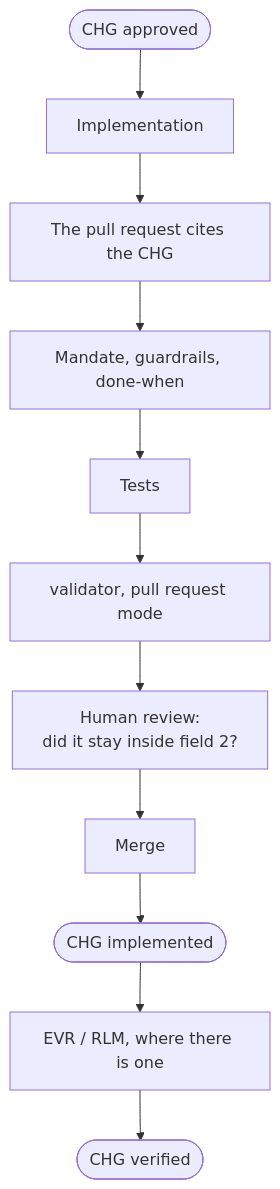
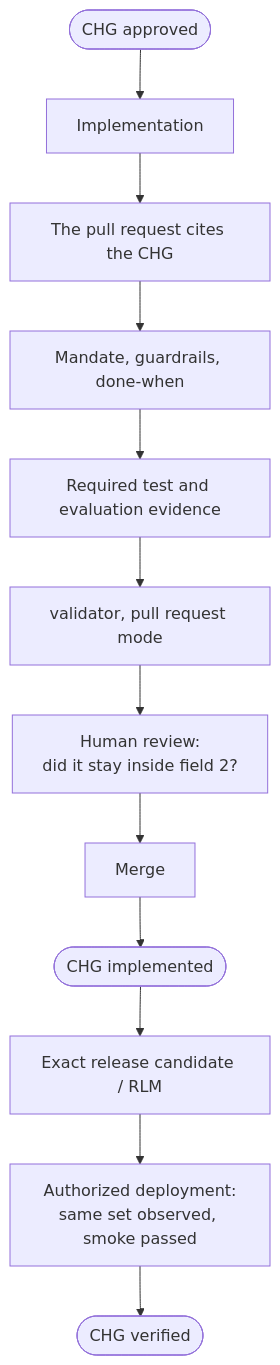
One commit to gqkd/framework-data-ai changed the tenth of 23 diagrams in PROCESSES.md. Above: the diagram before and after it, drawn with Mermaid. The commit also changed other lines of this file and 72 other files, not shown here.

````diff
--- a/PROCESSES.md
+++ b/PROCESSES.md
@@ -464,13 +464,14 @@
 ```mermaid
 flowchart TB
   ok(["CHG approved"]) --> impl["Implementation"]
   impl --> pr["The pull request cites the CHG"]
   pr --> mand["Mandate, guardrails, done-when"]
-  mand --> tests["Tests"]
+  mand --> tests["Required test and evaluation evidence"]
   tests --> val["validator, pull request mode"]
   val --> rev["Human review:<br/>did it stay inside field 2?"]
   rev --> merge["Merge"]
   merge --> impd(["CHG implemented"])
-  impd --> evr["EVR / RLM, where there is one"]
-  evr --> ver(["CHG verified"])
+  impd --> evr["Exact release candidate / RLM"]
+  evr --> obs["Authorized deployment:<br/>same set observed, smoke passed"]
+  obs --> ver(["CHG verified"])
 ```
````
